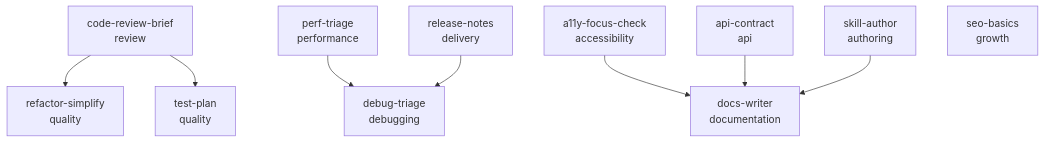
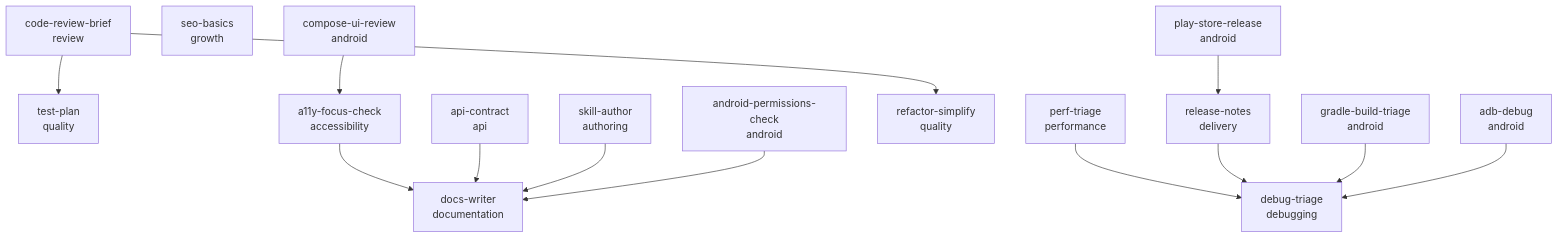
The diagram in docs/skill-graph.md (ImSuri919/dev-agent-skills), drawn with Mermaid before and after one commit. The commit also changed 14 other files, not shown here.

````diff
--- a/docs/skill-graph.md
+++ b/docs/skill-graph.md
@@ -5,21 +5,31 @@
 ```mermaid
 graph TD
   code-review-brief["code-review-brief<br/>review"]
   test-plan["test-plan<br/>quality"]
   perf-triage["perf-triage<br/>performance"]
   a11y-focus-check["a11y-focus-check<br/>accessibility"]
   release-notes["release-notes<br/>delivery"]
   debug-triage["debug-triage<br/>debugging"]
   api-contract["api-contract<br/>api"]
   docs-writer["docs-writer<br/>documentation"]
   refactor-simplify["refactor-simplify<br/>quality"]
   skill-author["skill-author<br/>authoring"]
   seo-basics["seo-basics<br/>growth"]
+  gradle-build-triage["gradle-build-triage<br/>android"]
+  compose-ui-review["compose-ui-review<br/>android"]
+  adb-debug["adb-debug<br/>android"]
+  play-store-release["play-store-release<br/>android"]
+  android-permissions-check["android-permissions-check<br/>android"]
   code-review-brief --> refactor-simplify
   code-review-brief --> test-plan
   perf-triage --> debug-triage
   a11y-focus-check --> docs-writer
   release-notes --> debug-triage
   api-contract --> docs-writer
   skill-author --> docs-writer
+  gradle-build-triage --> debug-triage
+  compose-ui-review --> a11y-focus-check
+  adb-debug --> debug-triage
+  play-store-release --> release-notes
+  android-permissions-check --> docs-writer
 ```
````
